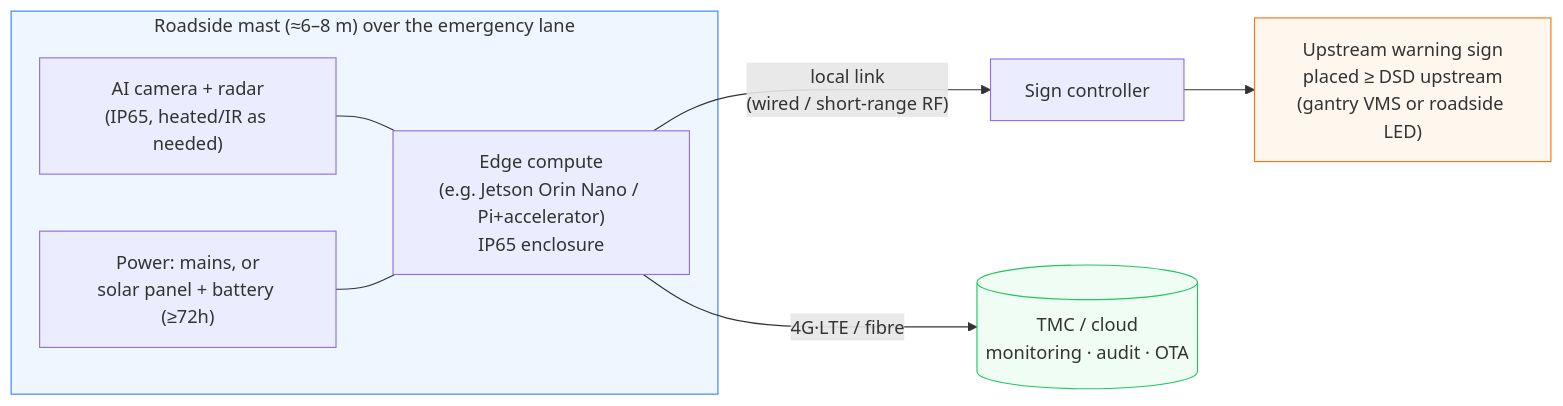
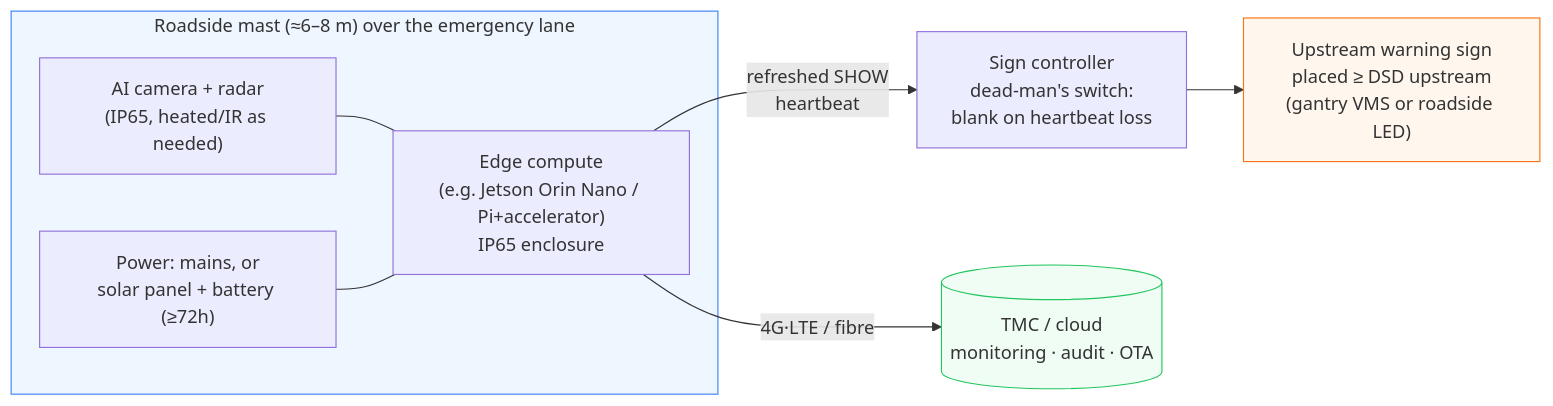
Before and after one commit to tritinpho/emergency-stop-warning-system: the second of 4 diagrams in docs/02-system-architecture.md, drawn with Mermaid. The commit also changed other lines of this file and 35 other files, not shown here.

````diff
--- a/docs/02-system-architecture.md
+++ b/docs/02-system-architecture.md
@@ -113,18 +120,18 @@
 ```mermaid
 flowchart LR
     subgraph POLE["Roadside mast (≈6–8 m) over the emergency lane"]
         SENSORS["AI camera + radar<br/>(IP65, heated/IR as needed)"]
         EDGE["Edge compute<br/>(e.g. Jetson Orin Nano / Pi+accelerator)<br/>IP65 enclosure"]
         PWR["Power: mains, or<br/>solar panel + battery (≥72h)"]
         SENSORS --- EDGE
         PWR --- EDGE
     end
 
-    EDGE -- "local link<br/>(wired / short-range RF)" --> SIGNCTL["Sign controller"]
+    EDGE -- "refreshed SHOW<br/>heartbeat" --> SIGNCTL["Sign controller<br/>dead-man's switch:<br/>blank on heartbeat loss"]
     SIGNCTL --> LED["Upstream warning sign<br/>placed ≥ DSD upstream<br/>(gantry VMS or roadside LED)"]
     EDGE -- "4G·LTE / fibre" --> CLOUD[("TMC / cloud<br/>monitoring · audit · OTA")]
 
     style POLE fill:#eef6ff,stroke:#3b82f6
     style LED fill:#fff7ed,stroke:#f97316
     style CLOUD fill:#f0fdf4,stroke:#22c55e
 ```
````
